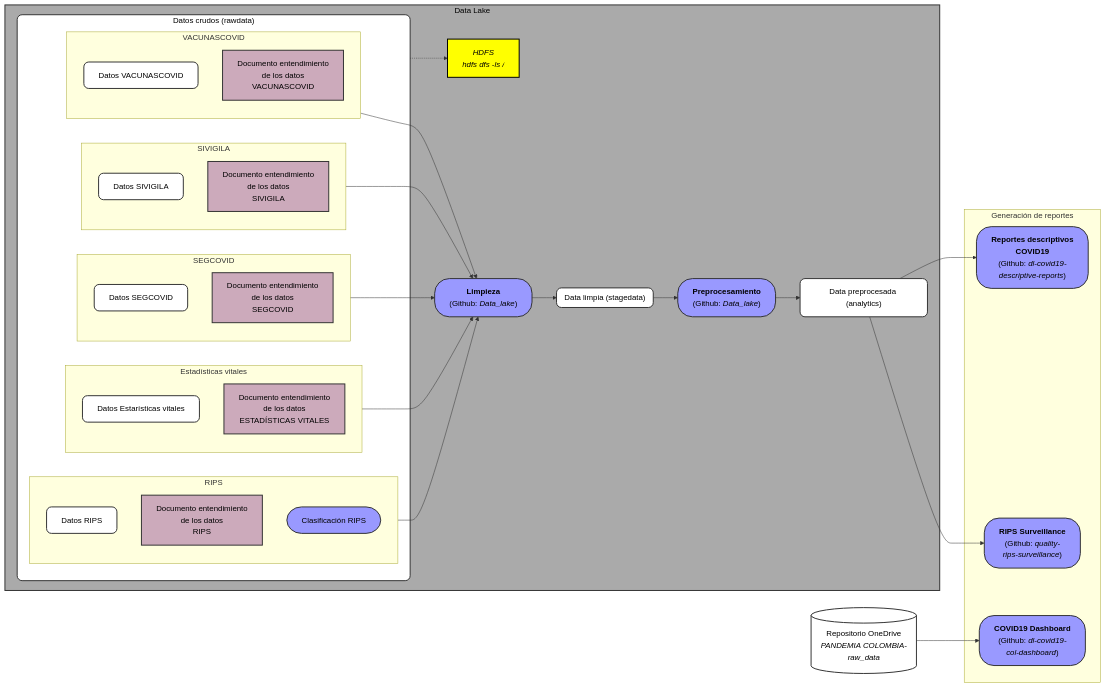
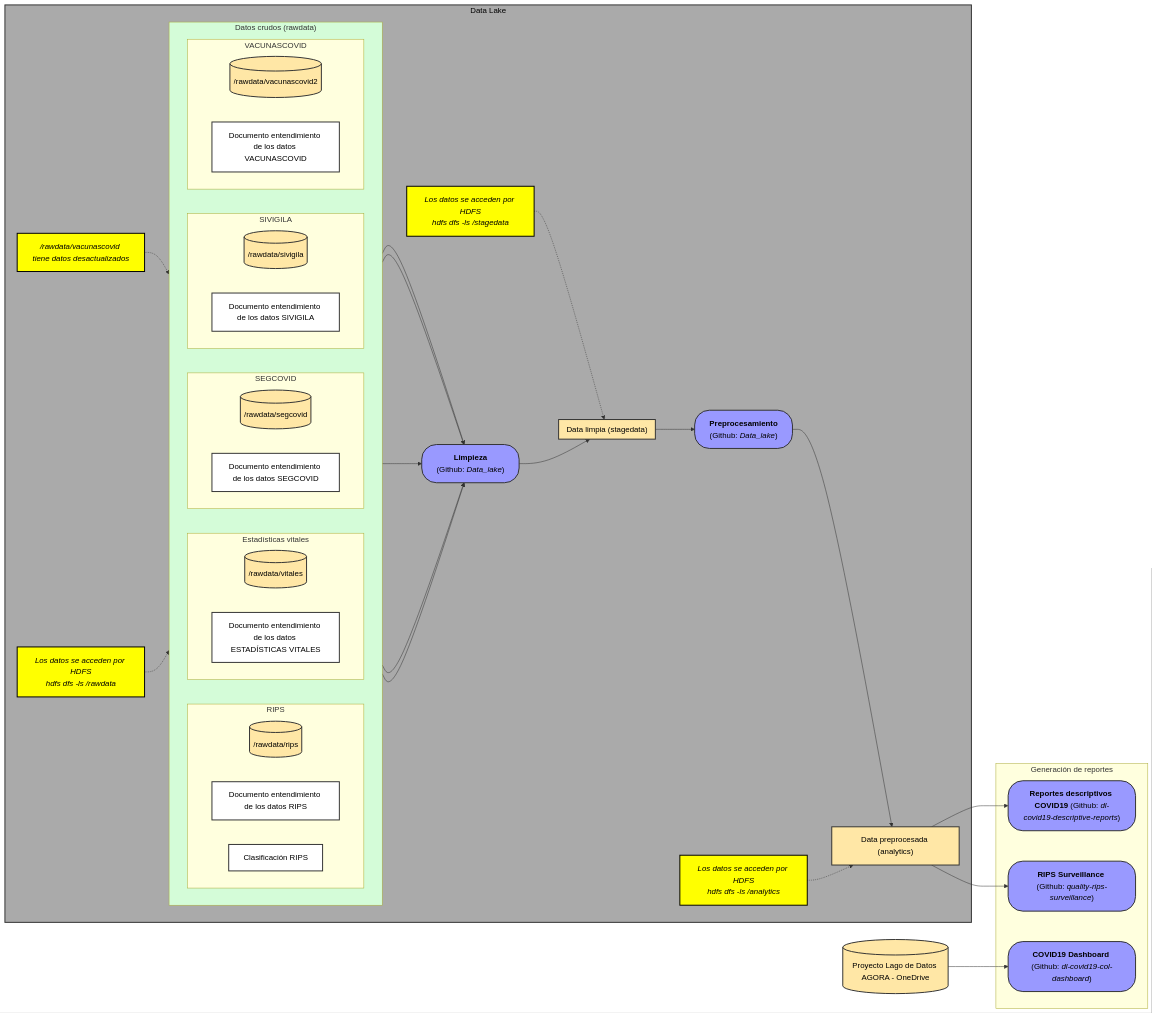
Before and after one commit to AGORA-COL/.github: the diagram in profile/DataLake/FlujoDatos.md, drawn with Mermaid. The commit also changed 1 other file, not shown here.

Commit message:
Agregué repositorios faltantes y actualicé enlaces OneDrive

````diff
--- a/profile/DataLake/FlujoDatos.md
+++ b/profile/DataLake/FlujoDatos.md
@@ -9,58 +9,60 @@
 flowchart LR
     subgraph DL[Data Lake]
         subgraph R["Datos crudos (rawdata)"]
+            direction LR
             subgraph A[RIPS]
-                DATA_RIPS[Datos RIPS]
-                DOC_RIPS["`Documento entendimiento
-                     de los datos 
-                     RIPS`"]
+                direction LR
+                DATA_RIPS[("/rawdata/rips")]
+                DOC_RIPS["`Documento entendimiento de los datos RIPS`"]
                 CRIPS[Clasificación RIPS]
             end
             subgraph B[Estadísticas vitales]
-                DATA_EV[Datos Estarísticas vitales]
-                DOC_EV["`Documento entendimiento
-                     de los datos 
-                     ESTADÍSTICAS VITALES`"]
+                direction LR
+                DATA_EV[("/rawdata/vitales")]
+                DOC_EV["`Documento entendimiento de los datos ESTADÍSTICAS VITALES`"]
             end
             subgraph C[SEGCOVID]
-                DATA_SEGCOVID[Datos SEGCOVID]
-                DOC_SEGCOVID["`Documento entendimiento
-                     de los datos 
-                     SEGCOVID`"]
+                direction LR
+                DATA_SEGCOVID[(/rawdata/segcovid)]
+                DOC_SEGCOVID["`Documento entendimiento de los datos SEGCOVID`"]
             end
             subgraph D[SIVIGILA]
-                DATA_SIVIGILA[Datos SIVIGILA]
-                DOC_SIVIGILA["`Documento entendimiento
-                     de los datos 
-                     SIVIGILA`"]
+                direction LR
+                DATA_SIVIGILA[(/rawdata/sivigila)]
+                DOC_SIVIGILA["`Documento entendimiento de los datos SIVIGILA`"]
             end
             subgraph E[VACUNASCOVID]
-                DATA_VACUNASCOVID[Datos VACUNASCOVID]
-                DOC_VACUNASCOVID["`Documento entendimiento
-                     de los datos 
-                     VACUNASCOVID`"]
+                direction LR
+                DATA_VACUNASCOVID[(/rawdata/vacunascovid2)]
+                DOC_VACUNASCOVID["`Documento entendimiento de los datos VACUNASCOVID`"]
             end
         end
 
-        comm1["`
-            HDFS
-            hdfs dfs -ls /
+        comm1["`Los datos se acceden por *HDFS*
+                hdfs dfs -ls /rawdata
         `"]
+        comm1 -.-> R
+         
 
-        R -.-> comm1
+        comm2["`/rawdata/vacunascovid tiene datos desactualizados`"]
 
-        A --> L
-        B --> L
-        C --> L
-        D --> L
-        E --> L
+        comm2 -.-> DATA_VACUNASCOVID
 
-
+        DATA_RIPS --> L
+        DATA_EV --> L
+        DATA_SEGCOVID --> L
+        DATA_SIVIGILA --> L
+        DATA_VACUNASCOVID --> L
         
         L["`**Limpieza**
         (Github: *Data_lake*)`"]
         subgraph DP["Data limpia (stagedata)"]
         end
+
+        comm3["`Los datos se acceden por *HDFS*
+                hdfs dfs -ls /stagedata
+        `"]
+        comm3 -.-> DP
 
         L --> DP
         DP --> P
@@ -71,56 +73,50 @@
         P --> AN
 
         AN["Data preprocesada (analytics)"]
-
+        comm4["`Los datos se acceden por *HDFS*
+                hdfs dfs -ls /analytics
+        `"]
+        comm4 -.-> AN
     end
     
     AN --> RD
     AN --> RS
 
 
-    OD[("`Repositorio OneDrive
-    *PANDEMIA COLOMBIA-raw_data*
-    `")]
+    OD[("`Proyecto Lago de Datos AGORA - OneDrive`")]
 
     OD --> DB
 
     subgraph G[Generación de reportes]
-        RD["`**Reportes descriptivos 
-        COVID19**
-        (Github: *dl-covid19-
-        descriptive-reports*)`"]
-        RS["`**RIPS Surveillance**
-        (Github: *quality-
-        rips-surveillance*)
+        RD["`**Reportes descriptivos COVID19** (Github: *dl-covid19-descriptive-reports*)`"]
+        RS["`**RIPS Surveillance** (Github: *quality-rips-surveillance*)
         `"]
-        DB["`**COVID19 Dashboard**
-        (Github: *dl-covid19-
-        col-dashboard*)`"]
+        DB["`**COVID19 Dashboard** (Github: *dl-covid19-col-dashboard*)`"]
     end
 
 
     
 
 
-    classDef data fill:#fff,stroke:#333,stroke-width:2px,color:#000,rx:10,ry:10;
-    classDef doc fill:#cab,stroke:#333,stroke-width:2px,color:#000;
+    classDef data fill:#ffe7a6,stroke:#333,stroke-width:2px,color:#000,rx:0,ry:0;
+    classDef doc fill:white,stroke:#333,stroke-width:2px,color:#000;
     classDef process fill:#99f,stroke:#333,stroke-width:2px,color:black,rx:30,ry:30;
     classDef repository fill:#aaa,stroke:#333,stroke-width:2px,stroke: 5 5,color:#000;
     classDef process2 fill:green,stroke:#333,stroke-width:2px,color:#000;
     classDef report fill:#aeb,stroke:#333,stroke-width:2px,color:#000;
     classDef paragraph fill:white,stroke:white;
     classDef comment fill:yellow,stroke:black,color:black,stroke-width:2px,font-style:italic
+    classDef container fill:#d4fcd8
 
 
-    class DOC_RIPS,DOC_EV,DOC_SEGCOVID,DOC_SIVIGILA,DOC_VACUNASCOVID doc;
+    class CRIPS,DOC_RIPS,DOC_EV,DOC_SEGCOVID,DOC_SIVIGILA,DOC_VACUNASCOVID doc;
     class DATA_RIPS,DATA_EV,DATA_SEGCOVID,DATA_SIVIGILA,DATA_VACUNASCOVID data;
-    class R data;
+    class R container;
     class DL repository;
-    class CRIPS process;
     class L,P process;
     class DP,OD,AN data;
     class RD,DB,RS process;
-    class comm1 comment;
+    class comm1,comm2,comm3,comm4 comment;
 
     click L "https://github.com/AGORA-COL/Data_lake"
     click P "https://github.com/AGORA-COL/Data_lake"
@@ -137,5 +133,5 @@
     click DB "https://github.com/AGORA-COL/dl-covid19-col-dashboard"
     click RS "https://github.com/AGORA-COL/quality-rips-surveillance"
 
-    click OD "https://livejaverianaedu-my.sharepoint.com/personal/jemurillo_javeriana_edu_co/_layouts/15/onedrive.aspx?e=5%3Afc7d68d1a9c84f048235ca67be22ebb1&sharingv2=true&fromShare=true&at=9&CT=1725289769440&OR=OWA-NT-Mail&CID=9c3ffb10-dcf6-37df-ea1c-3b1c7661d5db&id=%2Fpersonal%2Fjemurillo_javeriana_edu_co%2FDocuments%2FJAVERIANA%2FDatos_AGORA%2FPANDEMIA%20COLOMBIA-raw_data&FolderCTID=0x012000FE02BE409825504DAFD5FA09F3B44529&view=0"
+    click OD "https://livejaverianaedu-my.sharepoint.com/personal/jemurillo_javeriana_edu_co/_layouts/15/onedrive.aspx?e=5%3Aa55942a7bb4246b7b87344e4c2d263b8&sharingv2=true&fromShare=true&at=9&CT=1727201099492&OR=OWA%2DNT%2DMail&CID=737d02ea%2Df0eb%2Df341%2Df361%2D9bbdab61b3a7&id=%2Fpersonal%2Fjemurillo%5Fjaveriana%5Fedu%5Fco%2FDocuments%2FJAVERIANA%2FProyecto%20AGORA%2FProyecto%20lago%20de%20datos%20AGORA&FolderCTID=0x012000FE02BE409825504DAFD5FA09F3B44529&view=0"
 ```
````
